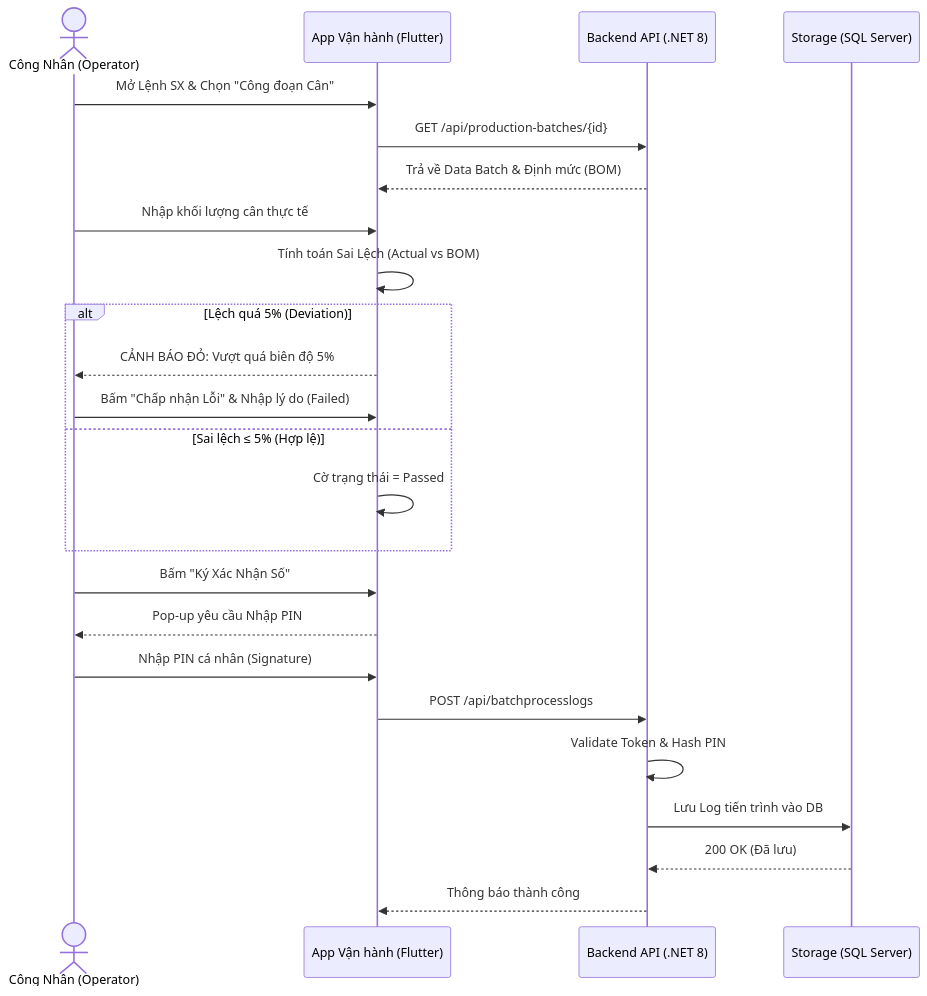
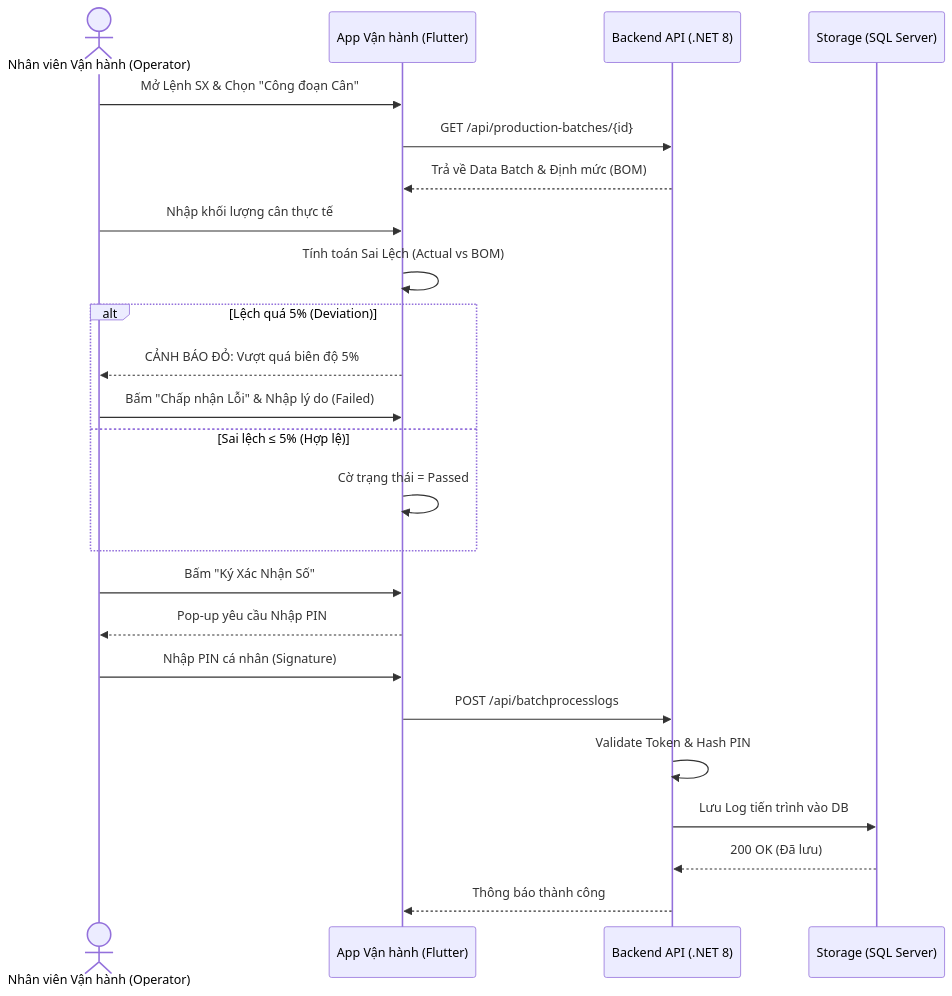
The second of 6 diagrams in DOCS/BaoCaoKhoaLuan/Report.md (Johnyyd/DoAnTotNghiep), drawn with Mermaid before and after one commit. The commit also changed other lines of this file and 2 other files, not shown here.

````diff
--- a/DOCS/BaoCaoKhoaLuan/Report.md
+++ b/DOCS/BaoCaoKhoaLuan/Report.md
@@ -219,30 +219,30 @@
 ```mermaid
 sequenceDiagram
-    actor Operator as Công Nhân (Operator)
+    actor Operator as Nhân viên Vận hành (Operator)
     participant MobileApp as App Vận hành (Flutter)
     participant ApiServer as Backend API (.NET 8)
     participant Database as Storage (SQL Server)
 
     Operator->>MobileApp: Mở Lệnh SX & Chọn "Công đoạn Cân"
     MobileApp->>ApiServer: GET /api/production-batches/{id}
     ApiServer-->>MobileApp: Trả về Data Batch & Định mức (BOM)
     Operator->>MobileApp: Nhập khối lượng cân thực tế
     MobileApp->>MobileApp: Tính toán Sai Lệch (Actual vs BOM)
 
     alt Lệch quá 5% (Deviation)
         MobileApp-->>Operator: CẢNH BÁO ĐỎ: Vượt quá biên độ 5%
         Operator->>MobileApp: Bấm "Chấp nhận Lỗi" & Nhập lý do (Failed)
     else Sai lệch ≤ 5% (Hợp lệ)
         MobileApp->>MobileApp: Cờ trạng thái = Passed
     end
 
     Operator->>MobileApp: Bấm "Ký Xác Nhận Số"
     MobileApp-->>Operator: Pop-up yêu cầu Nhập PIN
     Operator->>MobileApp: Nhập PIN cá nhân (Signature)
 
     MobileApp->>ApiServer: POST /api/batchprocesslogs
     ApiServer->>ApiServer: Validate Token & Hash PIN
     ApiServer->>Database: Lưu Log tiến trình vào DB
     Database-->>ApiServer: 200 OK (Đã lưu)
     ApiServer-->>MobileApp: Thông báo thành công
 ```
````
